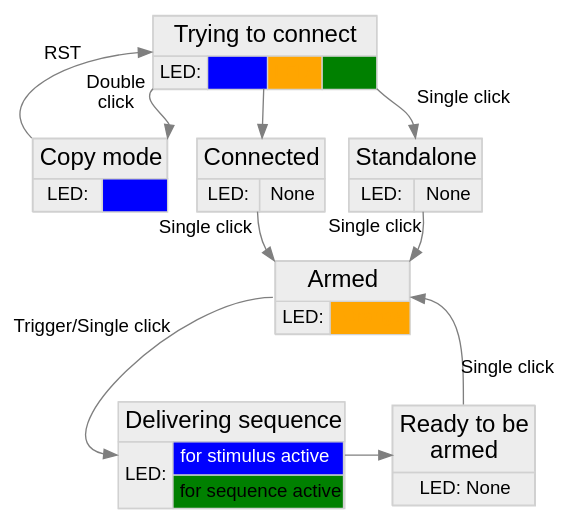
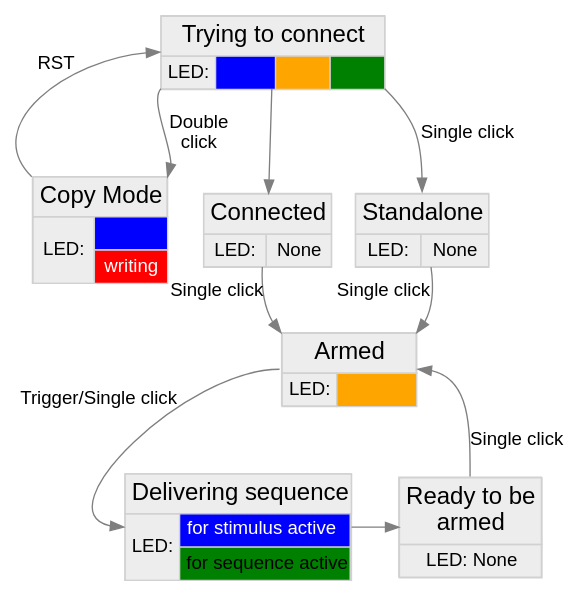
The diagram in documentation/workflow.dot (IBT-FMI/COSplay), drawn with Graphviz before and after one commit.

Commit message:
Added copy mode writing legend and realigned nodes

```diff
--- a/documentation/workflow.dot
+++ b/documentation/workflow.dot
@@ -1,78 +1,79 @@
 digraph workflow{
 	forcelabels = true;
 	node [fontname = "sans", style=filled];
 	edge [fontname = "sans", color=gray50];
 	connect [shape=box, margin=0, color=grey82, fillcolor=grey93, fontname="Arial", label = <
 	<TABLE BORDER="0" CELLBORDER="1" CELLSPACING="0" CELLPADDING="4">
 		<TR><TD COLSPAN="4"><FONT POINT-SIZE="18">Trying to connect</FONT></TD>
 		</TR>
 		<TR><TD>LED:</TD> <TD BGCOLOR="blue"> <FONT COLOR="blue">LED:</FONT></TD> <TD BGCOLOR="orange"><FONT COLOR="orange">LED:</FONT></TD> <TD BGCOLOR="green"><FONT COLOR="green">LED:</FONT></TD>
 		</TR>
 	</TABLE>>];
 
 	copy [shape=box, margin=0, color=grey82, fillcolor=grey93, fontname="Arial", label = <
 	<TABLE BORDER="0" CELLBORDER="1" CELLSPACING="0" CELLPADDING="4">
-		<TR><TD COLSPAN="2"><FONT POINT-SIZE="18">Copy mode</FONT></TD>
+		<TR><TD COLSPAN="2"><FONT POINT-SIZE="18">Copy Mode</FONT></TD>
 		</TR>
-		<TR><TD>LED:</TD> <TD BGCOLOR="blue"><FONT COLOR="blue">Blue</FONT></TD>
+		<TR><TD ROWSPAN="2">LED:</TD> <TD BGCOLOR="blue"><FONT COLOR="blue">Blue</FONT> </TD></TR>
+		<TR><TD BGCOLOR="red"><FONT COLOR="white">writing</FONT></TD>
 		</TR>
 	</TABLE>>];
 
 	standalone [shape=box, margin=0, color=grey82, fillcolor=grey93, fontname="Arial", label = <
 	<TABLE BORDER="0" CELLBORDER="1" CELLSPACING="0" CELLPADDING="4">
 		<TR><TD COLSPAN="2"><FONT POINT-SIZE="18">Standalone</FONT></TD>
 		</TR>
 		<TR><TD>LED:</TD><TD>None</TD>
 		</TR>
 	</TABLE>>];
 
 	connected [shape=box, margin=0, color=grey82, fillcolor=grey93, fontname="Arial", label = <
 	<TABLE BORDER="0" CELLBORDER="1" CELLSPACING="0" CELLPADDING="4">
 		<TR><TD COLSPAN="2"><FONT POINT-SIZE="18">Connected</FONT></TD>
 		</TR>
 		<TR><TD>LED:</TD><TD>None</TD>
 		</TR>
 	</TABLE>>];
 
 	armed [shape=box, margin=0, color=grey82, fillcolor=grey93, fontname="Arial", label = <
 	<TABLE BORDER="0" CELLBORDER="1" CELLSPACING="0" CELLPADDING="4">
 		<TR><TD COLSPAN="2"><FONT POINT-SIZE="18">Armed</FONT></TD>
 		</TR>
 		<TR><TD>LED:</TD> <TD BGCOLOR="orange"> <FONT COLOR="orange">Orange</FONT></TD>
 		</TR>
 	</TABLE>>];
 
 	afterdelivery [shape=box, margin=0, color=grey82, fillcolor=grey93, fontname="Arial", label = <
 	<TABLE BORDER="0" CELLBORDER="1" CELLSPACING="0" CELLPADDING="4">
 		<TR><TD><FONT POINT-SIZE="18">Ready to be<BR/>armed</FONT></TD>
 		</TR>
 		<TR><TD>LED: None</TD>
 		</TR>
 	</TABLE>>];
 
 	delivering [shape=box, margin=0, color=grey82, fillcolor=grey93, fontname="Arial", label = <
 	<TABLE BORDER="0" CELLBORDER="1" CELLSPACING="0" CELLPADDING="4">
 		<TR><TD COLSPAN="3"><FONT POINT-SIZE="18">Delivering sequence</FONT></TD>
 		</TR>
 		<TR><TD ROWSPAN="2">LED:</TD> <TD BGCOLOR="blue"><FONT COLOR="white"> for stimulus active</FONT> </TD></TR>
 		<TR><TD BGCOLOR="green">for sequence active</TD>
 		</TR>
 	</TABLE>>];
 
 	#invis[shape=none label=""]
 
 	{rank=same copy standalone connected}
 	{rank=same delivering afterdelivery}
 	#{rank=same invis afterdelivery}
 
-	connect:sw -> copy:ne [fontname="Arial", xlabel ="Double   \nclick   "];
+	connect:sw -> copy:ne [fontname="Arial", label ="Double       \nclick       "];
 	copy:nw -> connect:w [fontname="Arial", xlabel ="RST"];
 	connect -> connected
-	connect:se -> standalone:n [fontname="Arial", xlabel = "\n    Single click"];
-	standalone -> armed:ne [fontname="Arial", xlabel = "        Single click"];
-	connected -> armed:nw [fontname="Arial", xlabel = "Single click  "];
+	connect:se -> standalone:n [fontname="Arial", label = " Single click"];
+	standalone -> armed:ne [fontname="Arial", xlabel = "Single click "];
+	connected -> armed:nw [fontname="Arial", xlabel = "Single click "];
 	#armed -> invis -> delivering [style=invis]
-	afterdelivery:n -> armed:e [fontname="Arial", label = "Single click"];
+	afterdelivery:n -> armed:e [fontname="Arial", label = " Single click"];
 	delivering:e -> afterdelivery:w
 	armed:w -> delivering:w [fontname="Arial", xlabel = "Trigger/Single click"];
 }
```
